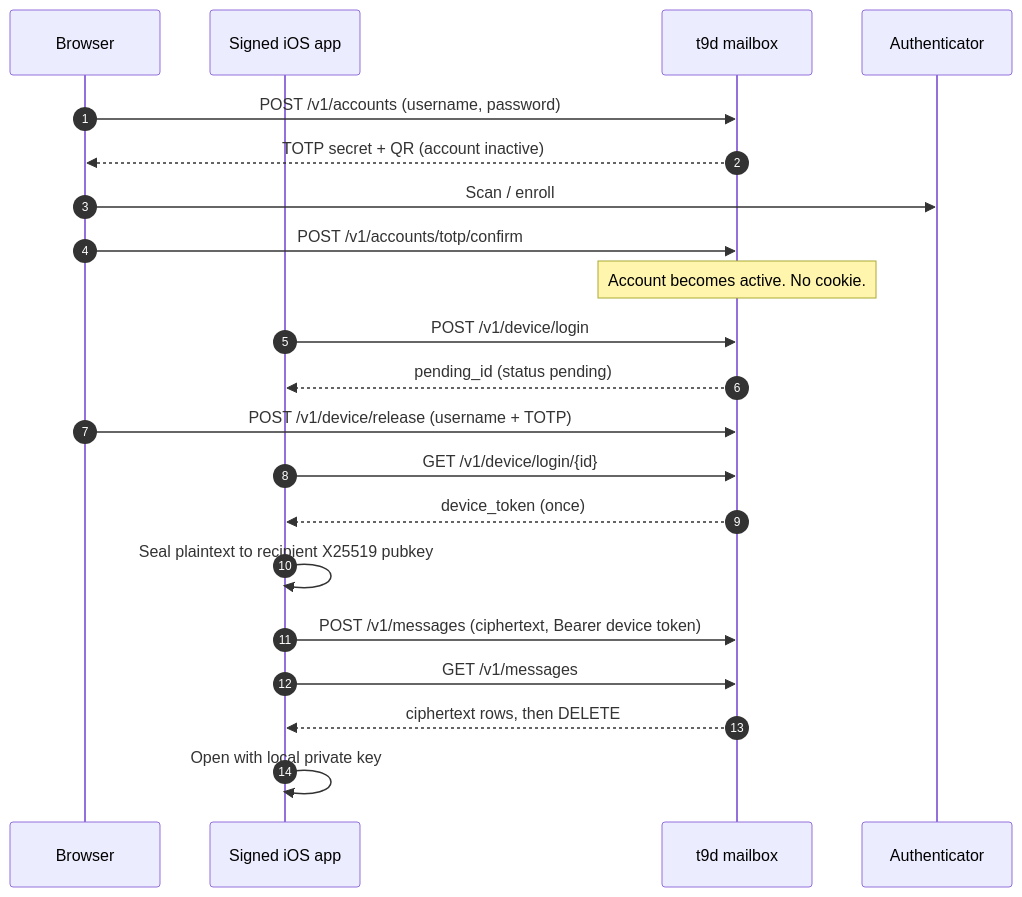
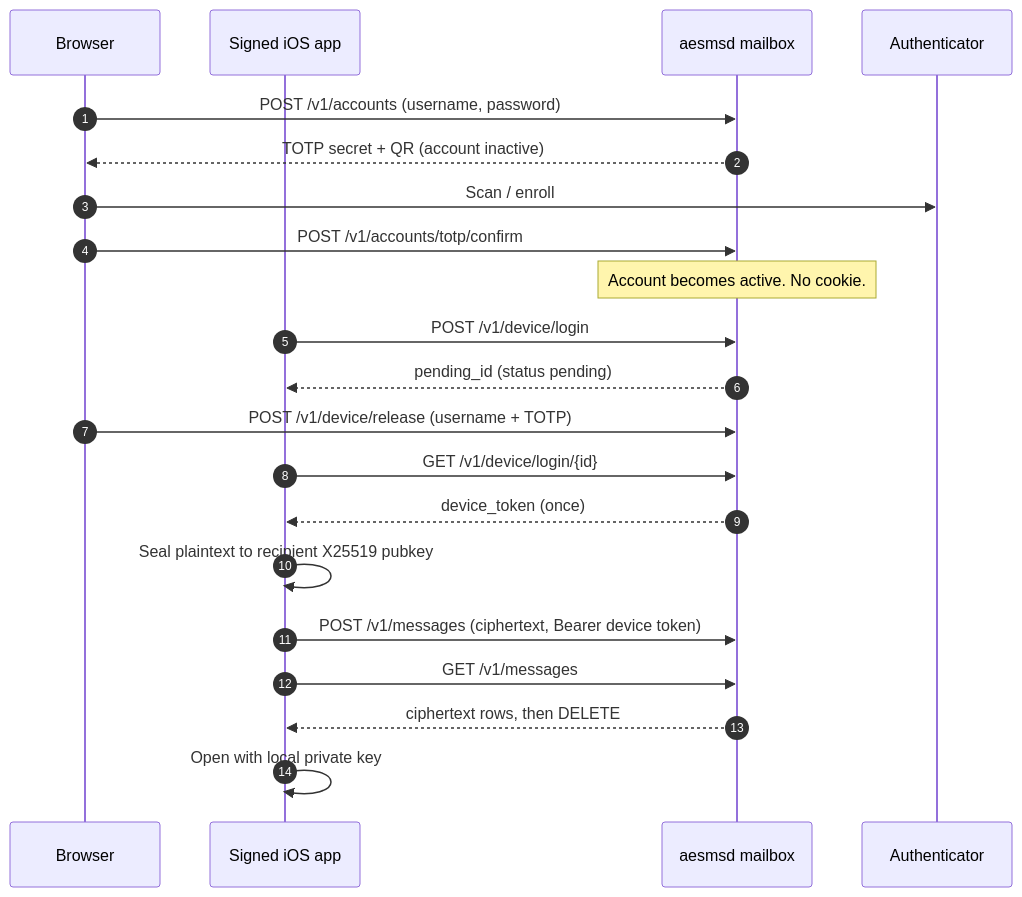
Before and after one commit to snrt-Solutions/t9: the diagram in README.md, drawn with Mermaid. The commit also changed other lines of this file and 88 other files, not shown here.

````diff
--- a/README.md
+++ b/README.md
@@ -61,26 +61,26 @@
 ```mermaid
 sequenceDiagram
     autonumber
     participant Web as Browser
     participant App as Signed iOS app
-    participant S as t9d mailbox
+    participant S as aesmsd mailbox
     participant Auth as Authenticator
 
     Web->>S: POST /v1/accounts (username, password)
     S-->>Web: TOTP secret + QR (account inactive)
     Web->>Auth: Scan / enroll
     Web->>S: POST /v1/accounts/totp/confirm
     Note over S: Account becomes active. No cookie.
 
     App->>S: POST /v1/device/login
     S-->>App: pending_id (status pending)
     Web->>S: POST /v1/device/release (username + TOTP)
     App->>S: GET /v1/device/login/{id}
     S-->>App: device_token (once)
 
     App->>App: Seal plaintext to recipient X25519 pubkey
     App->>S: POST /v1/messages (ciphertext, Bearer device token)
     App->>S: GET /v1/messages
     S-->>App: ciphertext rows, then DELETE
     App->>App: Open with local private key
 ```
````
